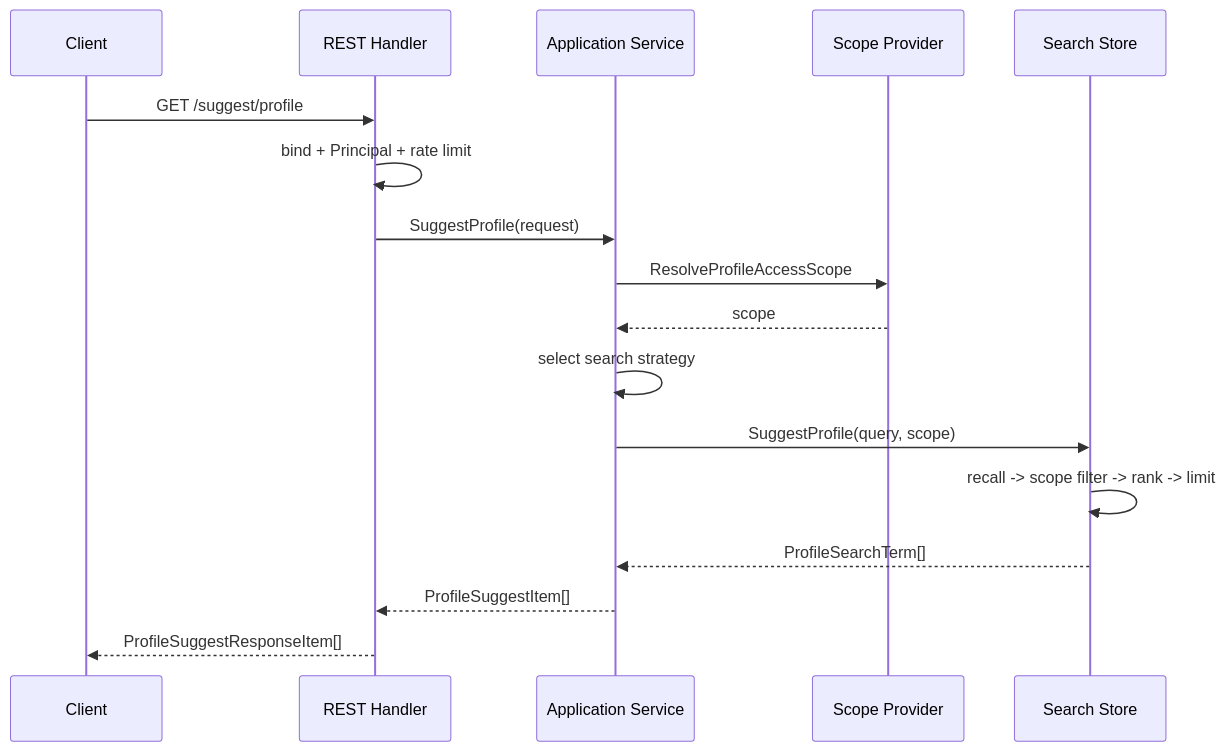
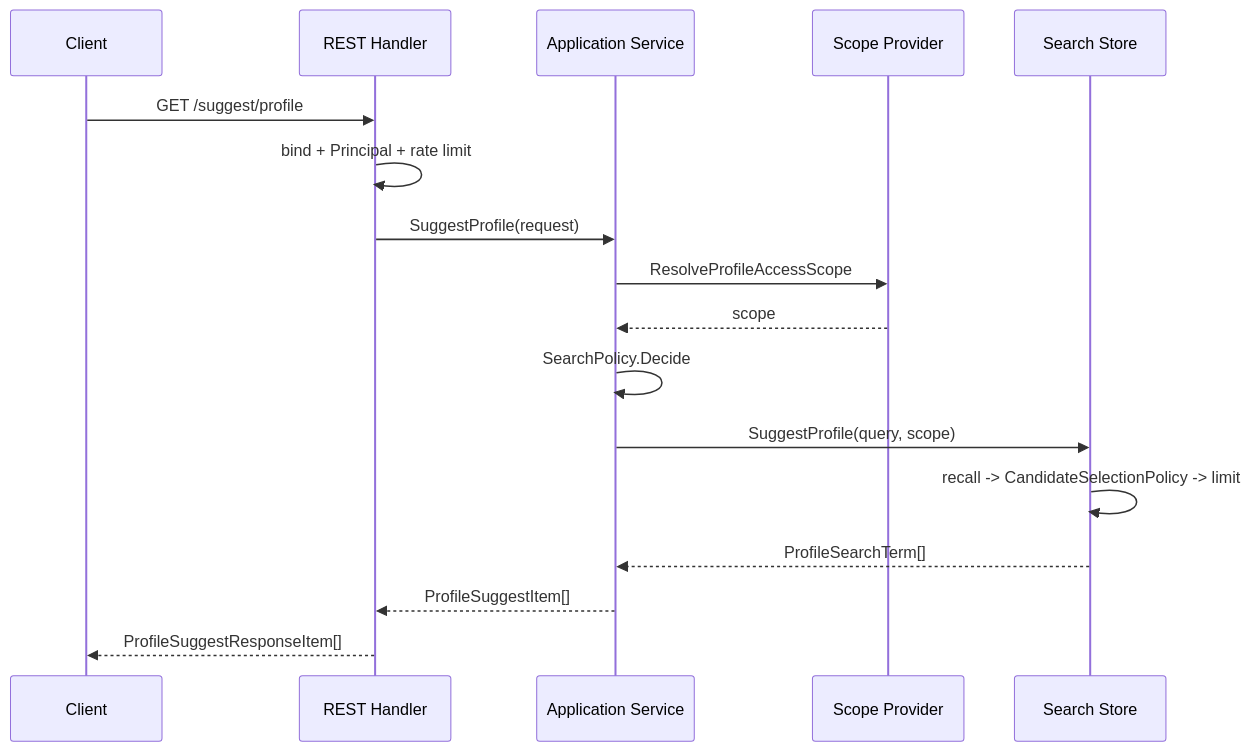
The diagram in docs/02-业务模块/05-Suggest/03-关键链路-SuggestProfile查询.md (FangcunMount/iam), drawn with Mermaid before and after one commit. The commit also changed other lines of this file and 31 other files, not shown here.

Commit message:
refactor(suggest): 增强个人资料推荐模型和索引策略 - 引入了新的 `ProfileAccessScopeResolver` 来编排授权事实和可见性。 - 更新了索引策略，使用显式的 `ProfileIndexMutation` 进行 upsert 和删除。 - 重构了服务，利用 `SearchPolicy` 进行个人资料推荐的决策。 - 改进了候选选择与过滤机制，以确保更好的性能和准确性。 - 移除了过时的搜索策略实现及测试，以提高清晰度和可维护性。

````diff
--- a/docs/02-业务模块/05-Suggest/03-关键链路-SuggestProfile查询.md
+++ b/docs/02-业务模块/05-Suggest/03-关键链路-SuggestProfile查询.md
@@ -52,20 +51,20 @@
 ```mermaid
 sequenceDiagram
     participant C as Client
     participant H as REST Handler
     participant S as Application Service
     participant P as Scope Provider
     participant I as Search Store
 
     C->>H: GET /suggest/profile
     H->>H: bind + Principal + rate limit
     H->>S: SuggestProfile(request)
     S->>P: ResolveProfileAccessScope
     P-->>S: scope
-    S->>S: select search strategy
+    S->>S: SearchPolicy.Decide
     S->>I: SuggestProfile(query, scope)
-    I->>I: recall -> scope filter -> rank -> limit
+    I->>I: recall -> CandidateSelectionPolicy -> limit
     I-->>S: ProfileSearchTerm[]
     S-->>H: ProfileSuggestItem[]
     H-->>C: ProfileSuggestResponseItem[]
 ```
````
